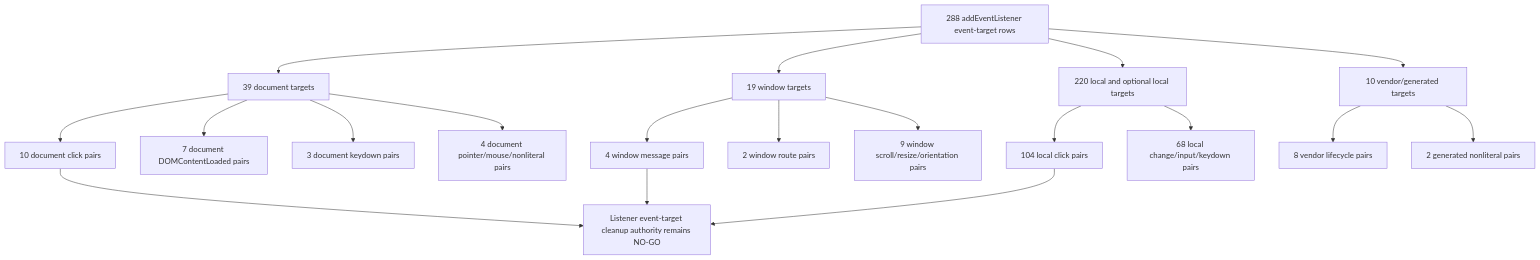
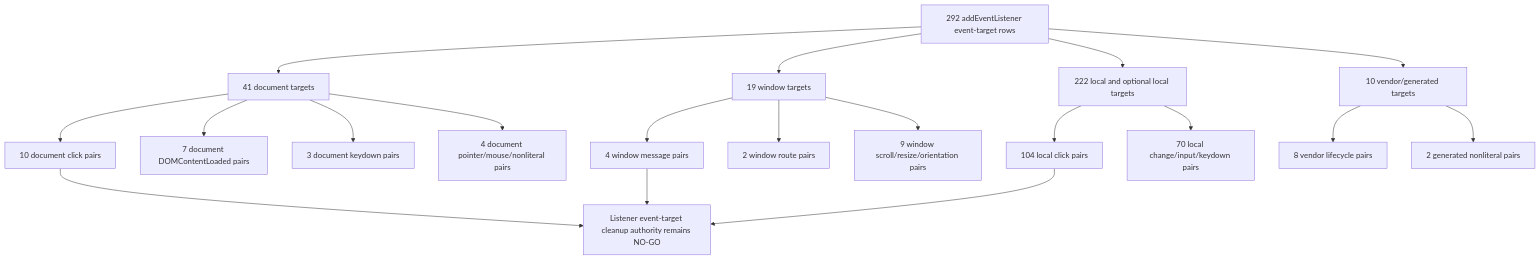
The fifth of 47 diagrams in docs/audit/FILTERTUBE_LIFECYCLE_INSTANCE_REGISTER_2026-05-18.md (varshneydevansh/FilterTube), drawn with Mermaid before and after one commit. The commit also changed other lines of this file and 8 other files, not shown here.

````diff
--- a/docs/audit/FILTERTUBE_LIFECYCLE_INSTANCE_REGISTER_2026-05-18.md
+++ b/docs/audit/FILTERTUBE_LIFECYCLE_INSTANCE_REGISTER_2026-05-18.md
@@ -445,21 +445,21 @@
 ```mermaid
 flowchart TD
-  A["288 addEventListener event-target rows"] --> B["39 document targets"]
+  A["292 addEventListener event-target rows"] --> B["41 document targets"]
   A --> C["19 window targets"]
-  A --> D["220 local and optional local targets"]
+  A --> D["222 local and optional local targets"]
   A --> E["10 vendor/generated targets"]
   B --> F["10 document click pairs"]
   B --> G["7 document DOMContentLoaded pairs"]
   B --> H["3 document keydown pairs"]
   B --> I["4 document pointer/mouse/nonliteral pairs"]
   C --> J["4 window message pairs"]
   C --> K["2 window route pairs"]
   C --> L["9 window scroll/resize/orientation pairs"]
   D --> M["104 local click pairs"]
-  D --> N["68 local change/input/keydown pairs"]
+  D --> N["70 local change/input/keydown pairs"]
   E --> O["8 vendor lifecycle pairs"]
   E --> P["2 generated nonliteral pairs"]
   F --> Q["Listener event-target cleanup authority remains NO-GO"]
   J --> Q
   M --> Q
 ```
````
